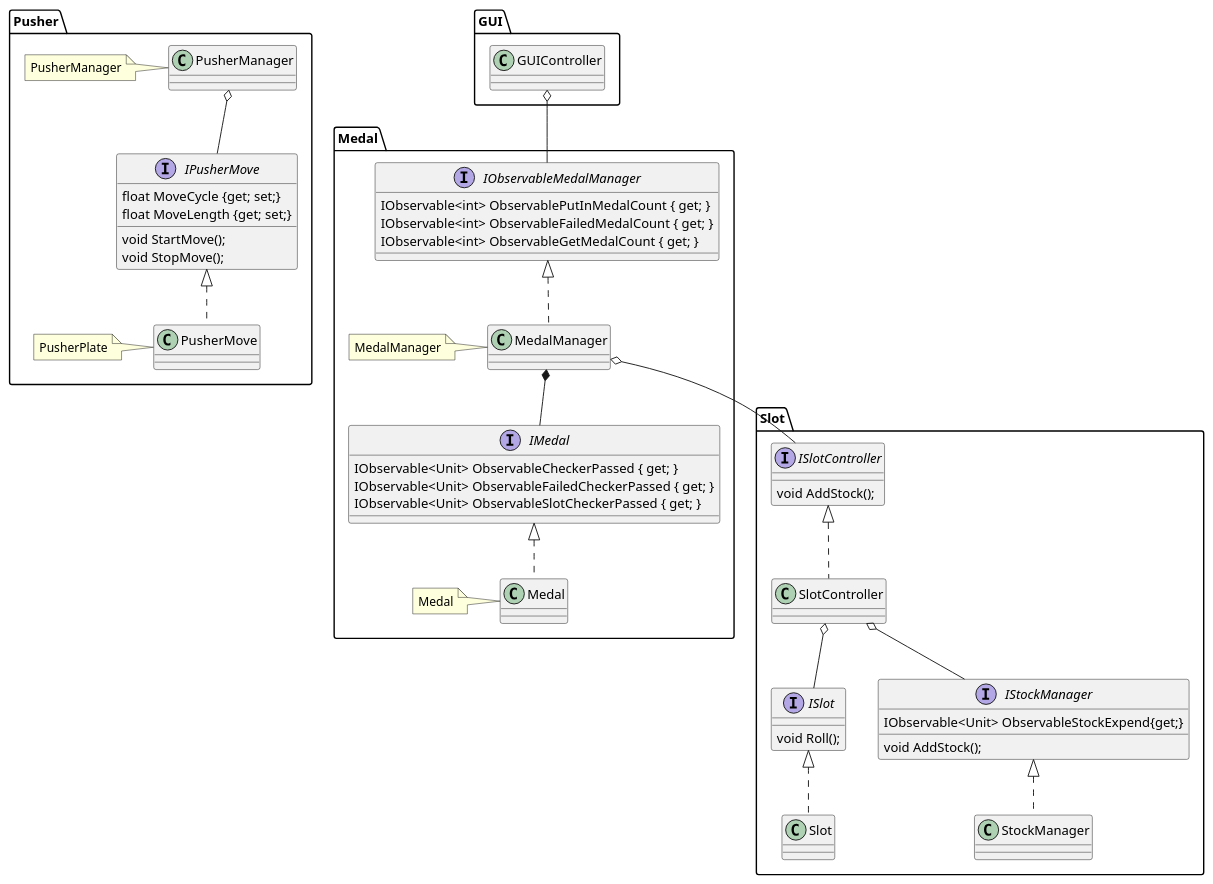
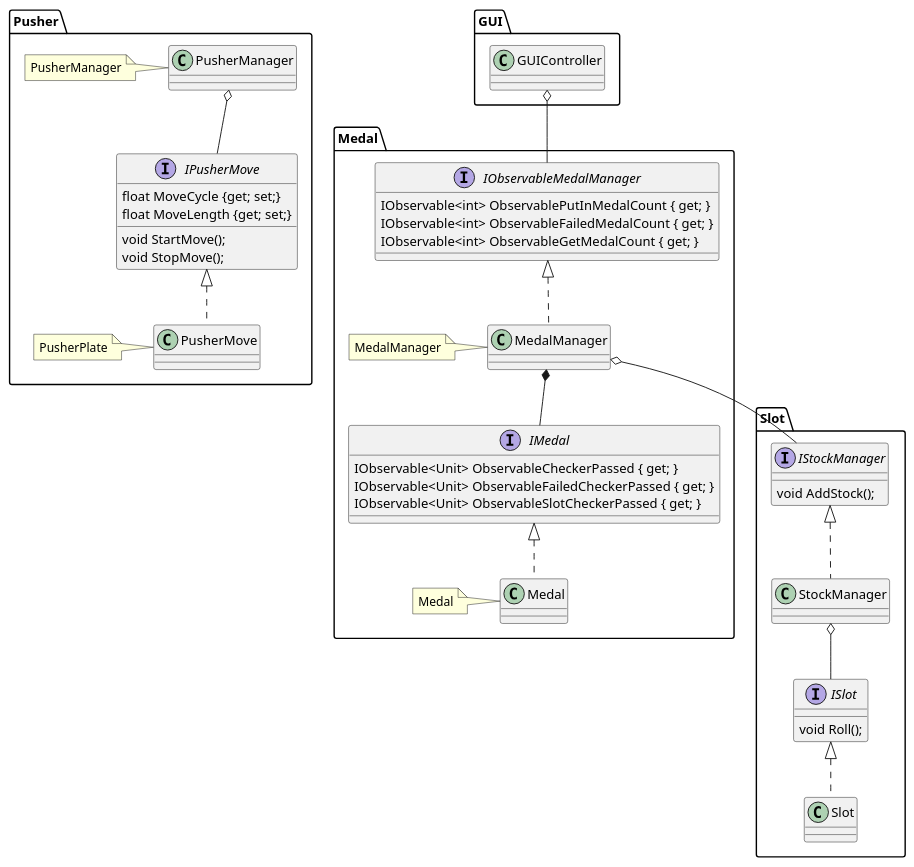
One commit to yutorisan/CoinPusherGame changed the diagram in Documents/ClassDiaglam.pu. Above: the diagram before and after it, drawn with PlantUML. The commit also changed 6 other files, not shown here.

```diff
--- a/Documents/ClassDiaglam.pu
+++ b/Documents/ClassDiaglam.pu
@@ -1,80 +1,72 @@
 @startuml MedalPusherGameClassDiaglam
 
 namespace Pusher{
 
     class PusherManager
     note left:PusherManager
 
     interface IPusherMove{
         void StartMove();
         void StopMove();
         float MoveCycle {get; set;}
         float MoveLength {get; set;}
     }
     class PusherMove
     note left : PusherPlate
 
     IPusherMove <|.. PusherMove
     PusherManager o-- IPusherMove
 }
 
 namespace Medal{
     interface IMedal{
 		IObservable<Unit> ObservableCheckerPassed { get; }
 		IObservable<Unit> ObservableFailedCheckerPassed { get; }
 		IObservable<Unit> ObservableSlotCheckerPassed { get; }
     }
     class Medal
     note left : Medal
 
     IMedal <|.. Medal
 
     interface IObservableMedalManager{
         IObservable<int> ObservablePutInMedalCount { get; }
 		IObservable<int> ObservableFailedMedalCount { get; }
 		IObservable<int> ObservableGetMedalCount { get; }
     }
     class MedalManager
     note left : MedalManager
 
     IObservableMedalManager <|.. MedalManager
 
     MedalManager *-- IMedal
 }
 
 namespace GUI{
     class GUIController
 }
 
 namespace Slot{
-    interface ISlotController{
-        void AddStock();
-    }
-    class SlotController
-
-    ISlotController <|.. SlotController    
 
     interface ISlot{
         void Roll();
     }
     class Slot
 
     ISlot <|.. Slot
 
     interface IStockManager{
         void AddStock();
-        IObservable<Unit> ObservableStockExpend{get;}
     }
     class StockManager
 
     IStockManager <|.. StockManager
 
-    SlotController o-- IStockManager
-    SlotController o-- ISlot
+    StockManager o-- ISlot
 }
 
 GUI.GUIController o-- Medal.IObservableMedalManager
 
-Medal.MedalManager o-- Slot.ISlotController
+Medal.MedalManager o-- Slot.IStockManager
 
 @enduml
```
